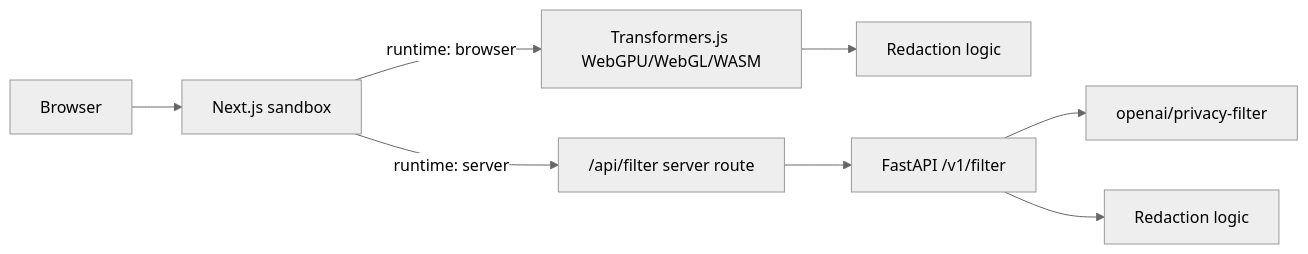
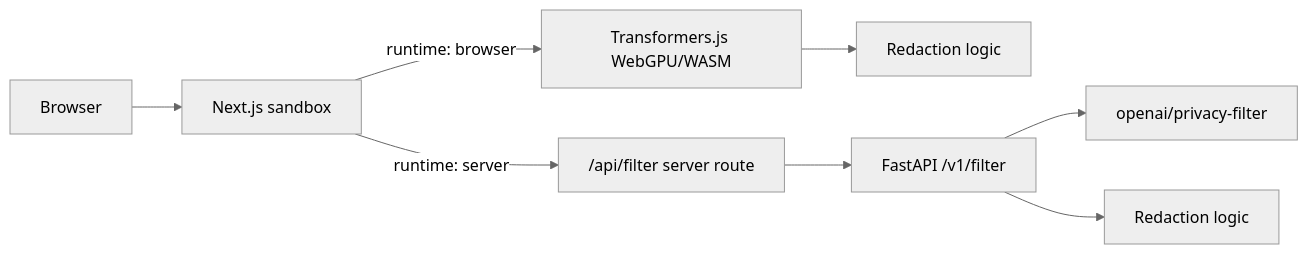
The diagram in README.md (shiftbloom-studio/openai-privacy-filter-api), drawn with Mermaid (neutral theme) before and after one commit. The commit also changed other lines of this file and 5 other files, not shown here.

First line of the commit message:
Fix browser detection: use per-token output; drop phantom WebGL backend

````diff
--- a/README.md
+++ b/README.md
@@ -39,10 +39,10 @@
 ```mermaid
 flowchart LR
   User["Browser"] --> Web["Next.js sandbox"]
-  Web -->|"runtime: browser"| InBrowser["Transformers.js WebGPU/WebGL/WASM"]
+  Web -->|"runtime: browser"| InBrowser["Transformers.js WebGPU/WASM"]
   InBrowser --> RedactionB["Redaction logic"]
   Web -->|"runtime: server"| Proxy["/api/filter server route"]
   Proxy --> API["FastAPI /v1/filter"]
   API --> Model["openai/privacy-filter"]
   API --> RedactionS["Redaction logic"]
 ```
````
